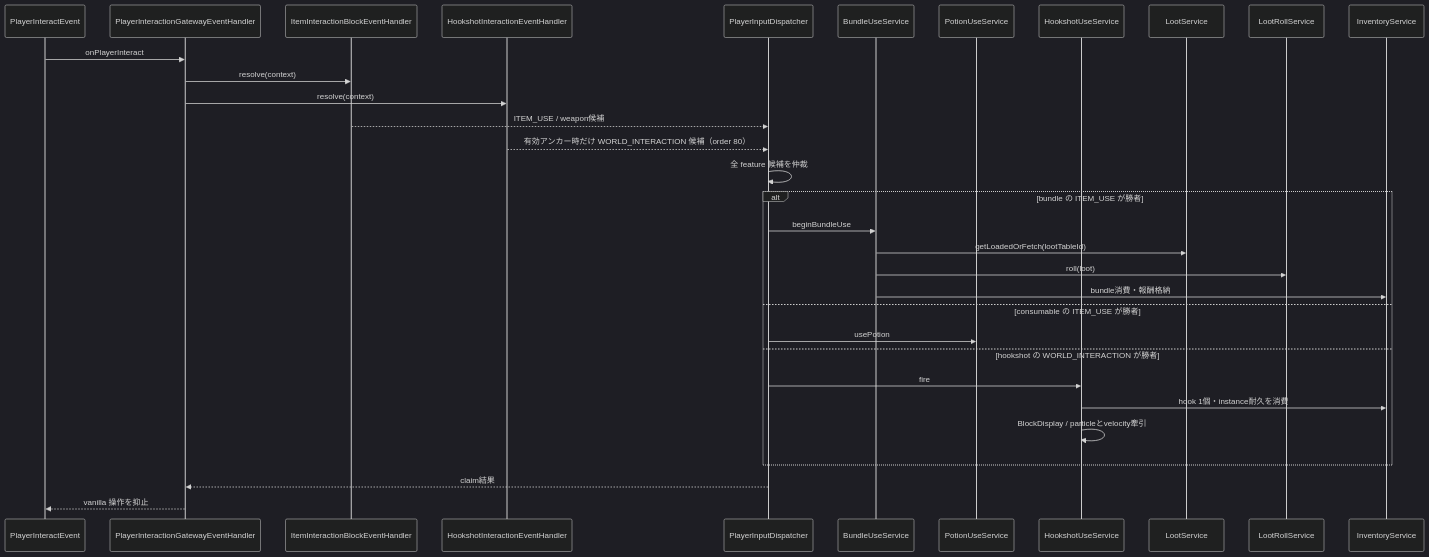
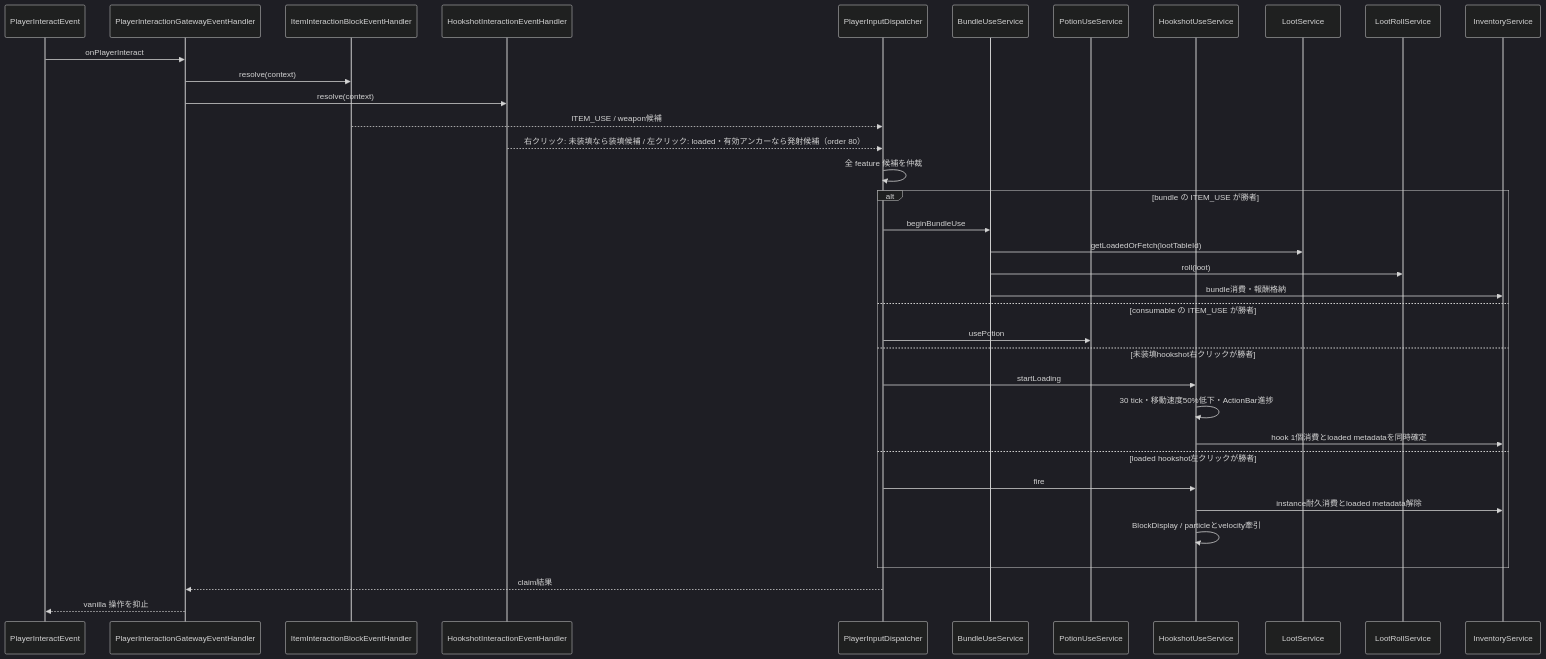
The seventh of 9 diagrams in 00_docs/10_Plugin設計書/feature/04-item/04_4-統合フロー.md (maaasu/AstralRecord-Workspace), drawn with Mermaid (dark theme) before and after one commit. The commit also changed other lines of this file and 28 other files, not shown here.

````diff
--- a/00_docs/10_Plugin設計書/feature/04-item/04_4-統合フロー.md
+++ b/00_docs/10_Plugin設計書/feature/04-item/04_4-統合フロー.md
@@ -208,35 +208,39 @@
 ```mermaid
 sequenceDiagram
     participant EVT as PlayerInteractEvent
     participant G as PlayerInteractionGatewayEventHandler
     participant R as ItemInteractionBlockEventHandler
     participant H as HookshotInteractionEventHandler
     participant D as PlayerInputDispatcher
     participant B as BundleUseService
     participant P as PotionUseService
     participant HS as HookshotUseService
     participant L as LootService
     participant LR as LootRollService
     participant IV as InventoryService
 
     EVT->>G: onPlayerInteract
     G->>R: resolve(context)
     G->>H: resolve(context)
     R-->>D: ITEM_USE / weapon候補
-    H-->>D: 有効アンカー時だけ WORLD_INTERACTION 候補（order 80）
+    H-->>D: 右クリック: 未装填なら装填候補 / 左クリック: loaded・有効アンカーなら発射候補（order 80）
     D->>D: 全 feature 候補を仲裁
     alt bundle の ITEM_USE が勝者
         D->>B: beginBundleUse
         B->>L: getLoadedOrFetch(lootTableId)
         B->>LR: roll(loot)
         B->>IV: bundle消費・報酬格納
     else consumable の ITEM_USE が勝者
         D->>P: usePotion
-    else hookshot の WORLD_INTERACTION が勝者
+    else 未装填hookshot右クリックが勝者
+        D->>HS: startLoading
+        HS->>HS: 30 tick・移動速度50%低下・ActionBar進捗
+        HS->>IV: hook 1個消費とloaded metadataを同時確定
+    else loaded hookshot左クリックが勝者
         D->>HS: fire
-        HS->>IV: hook 1個・instance耐久を消費
+        HS->>IV: instance耐久消費とloaded metadata解除
         HS->>HS: BlockDisplay / particleとvelocity牽引
     end
     D-->>G: claim結果
     G-->>EVT: vanilla 操作を抑止
 ```
````
